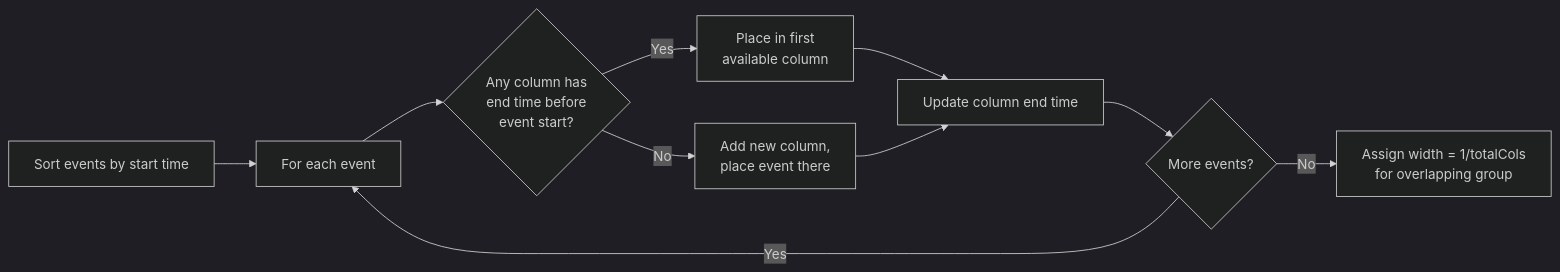
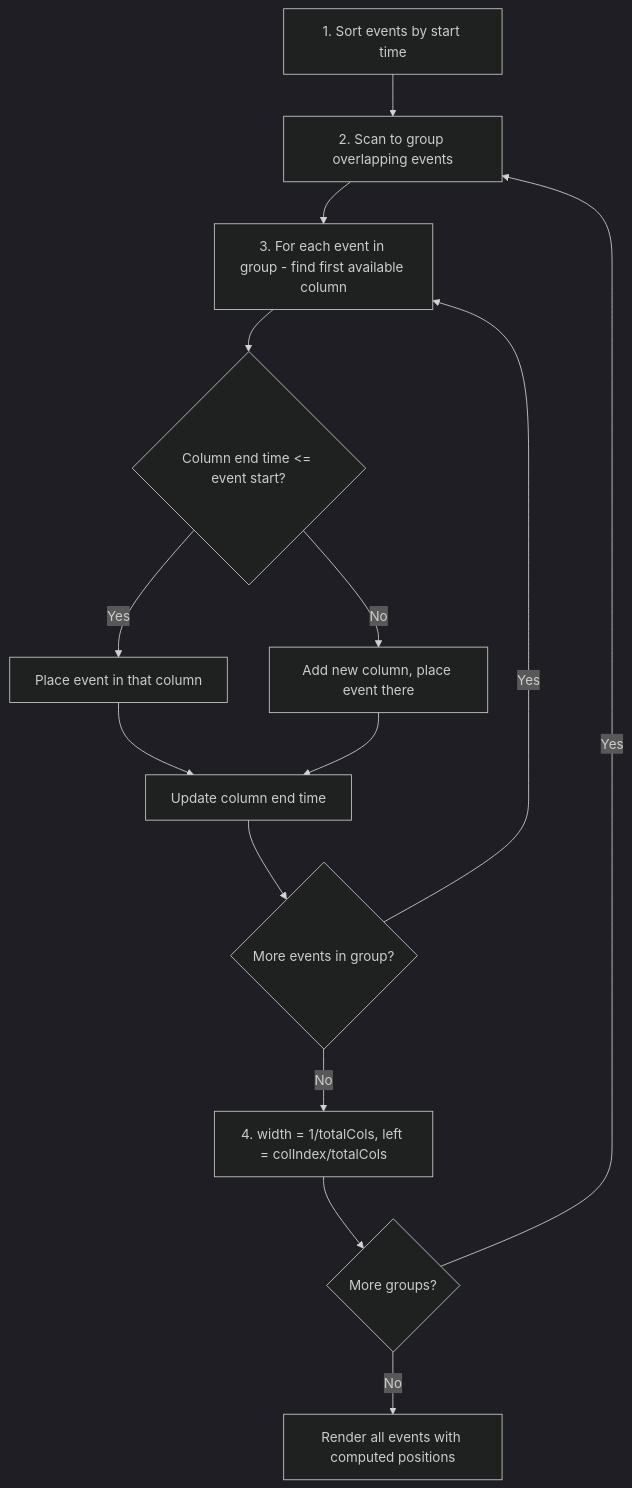
The sixth of 7 diagrams in system-design/latest & updated/google-calendar-day-view.md (shyamalm88/MechineCoding), drawn with Mermaid (dark theme) before and after one commit. The commit also changed other lines of this file, not shown here.

````diff
--- a/system-design/latest & updated/google-calendar-day-view.md
+++ b/system-design/latest & updated/google-calendar-day-view.md
@@ -306,12 +344,16 @@
 ```mermaid
-flowchart LR
-    A["Sort events by start time"] --> B["For each event"]
-    B --> C{"Any column has\nend time before\nevent start?"}
-    C -->|Yes| D["Place in first\navailable column"]
-    C -->|No| E["Add new column,\nplace event there"]
-    D --> F["Update column end time"]
-    E --> F
-    F --> G{"More events?"}
-    G -->|Yes| B
-    G -->|No| H["Assign width = 1/totalCols\nfor overlapping group"]
+flowchart TD
+    A["1. Sort events by start time"] --> B["2. Scan to group overlapping events"]
+    B --> C["3. For each event in group - find first available column"]
+    C --> D{"Column end time <= event start?"}
+    D -->|Yes| E["Place event in that column"]
+    D -->|No| F["Add new column, place event there"]
+    E --> G["Update column end time"]
+    F --> G
+    G --> H{"More events in group?"}
+    H -->|Yes| C
+    H -->|No| I["4. width = 1/totalCols, left = colIndex/totalCols"]
+    I --> J{"More groups?"}
+    J -->|Yes| B
+    J -->|No| K["Render all events with computed positions"]
 ```
````
